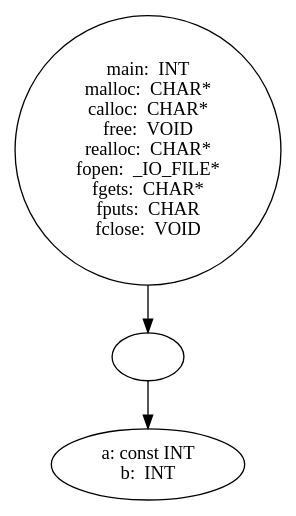
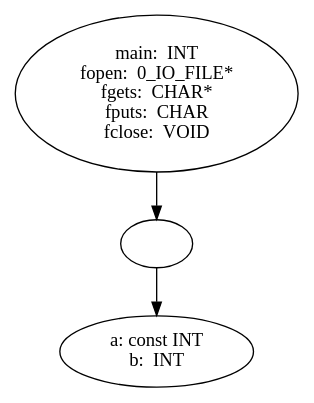
The diagram in example_source_files/18_constant_propagation/18_constant_propagation_table.dot (Are-you-listening/Compilers), drawn with Graphviz before and after one commit. The commit also changed 413 other files, not shown here.

```diff
--- a/example_source_files/18_constant_propagation/18_constant_propagation_table.dot
+++ b/example_source_files/18_constant_propagation/18_constant_propagation_table.dot
@@ -1,16 +1,12 @@
 digraph AST {
-  "138081628452224" [label="main:  INT
-malloc:  CHAR*
-calloc:  CHAR*
-free:  VOID
-realloc:  CHAR*
-fopen:  _IO_FILE*
+  "131879692072560" [label="main:  INT
+fopen:  0_IO_FILE*
 fgets:  CHAR*
 fputs:  CHAR
 fclose:  VOID"];
-  "138081628452224" -> "138081628450208";
-  "138081628450208" [label=""];
-  "138081628450208" -> "138081628451552";
-  "138081628451552" [label="a: const INT
+  "131879692072560" -> "131879692071312";
+  "131879692071312" [label=""];
+  "131879692071312" -> "131879692070640";
+  "131879692070640" [label="a: const INT
 b:  INT"];
 }
```
